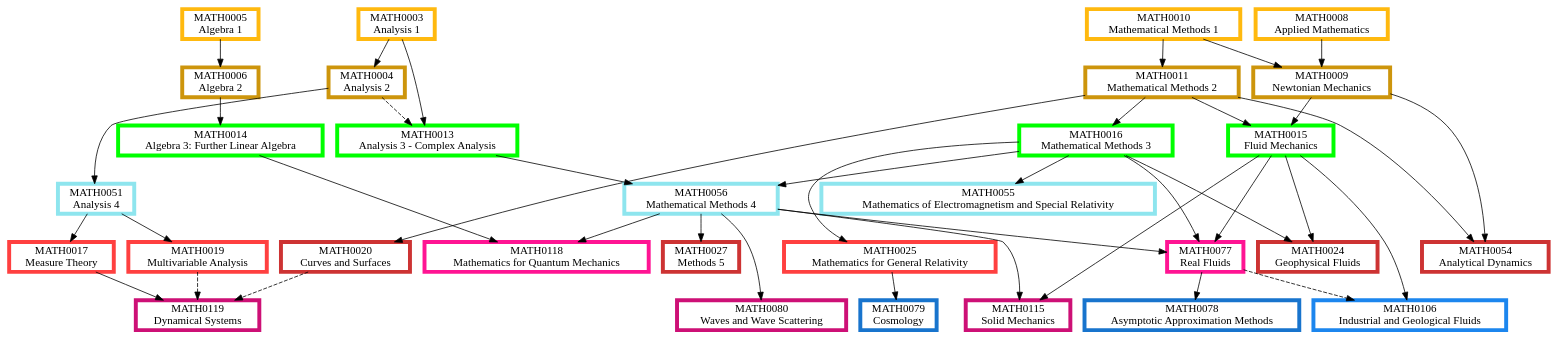
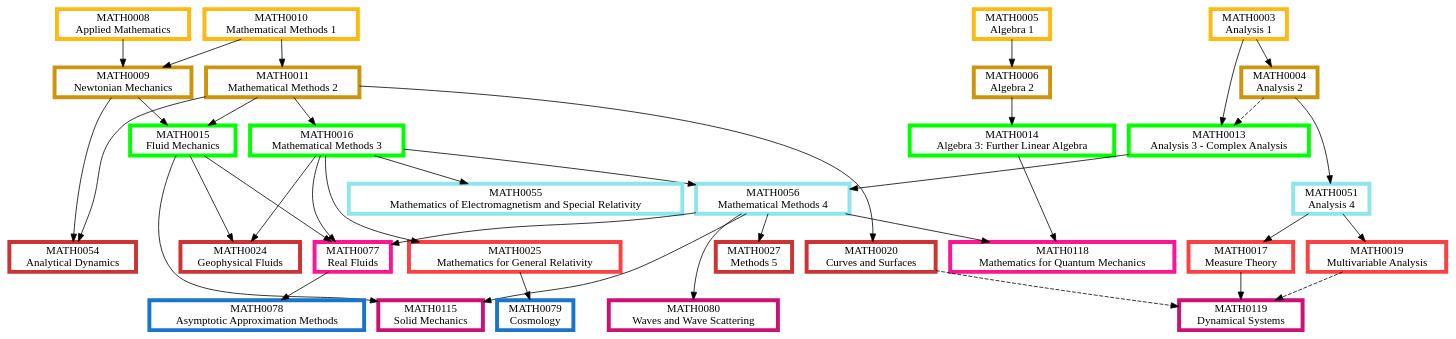
One commit to matthew-towers/pathways changed the diagram in Applied Mathematics.dot. Above: the diagram before and after it, drawn with Graphviz. The commit also changed 13 other files, not shown here.

```diff
--- a/Applied Mathematics.dot
+++ b/Applied Mathematics.dot
@@ -1,132 +1,125 @@
 digraph {
 	node [fillcolor=white penwidth=5 shape=box style="filled,bold"]
 	subgraph "1.0 1" {
 		rank=same
-		MATH0003 [label="MATH0003
-Analysis 1" color=darkgoldenrod1 href="https://www.ucl.ac.uk/mathematical-physical-sciences/sites/mathematical_physical_sciences/files/math0003.pdf" tooltip="Year 1, term 1"]
 		MATH0010 [label="MATH0010
 Mathematical Methods 1" color=darkgoldenrod1 href="https://www.ucl.ac.uk/mathematical-physical-sciences/sites/mathematical_physical_sciences/files/math0010.pdf" tooltip="Year 1, term 1"]
+		MATH0003 [label="MATH0003
+Analysis 1" color=darkgoldenrod1 href="https://www.ucl.ac.uk/mathematical-physical-sciences/sites/mathematical_physical_sciences/files/2025-09/math0003.pdf" tooltip="Year 1, term 1"]
 		MATH0005 [label="MATH0005
-Algebra 1" color=darkgoldenrod1 href="https://www.ucl.ac.uk/mathematical-physical-sciences/sites/mathematical_physical_sciences/files/math0005.pdf" tooltip="Year 1, term 1"]
+Algebra 1" color=darkgoldenrod1 href="https://www.ucl.ac.uk/mathematical-physical-sciences/sites/mathematical_physical_sciences/files/2025-09/math0005 syllabus.pdf" tooltip="Year 1, term 1"]
 		MATH0008 [label="MATH0008
 Applied Mathematics" color=darkgoldenrod1 href="https://www.ucl.ac.uk/mathematical-physical-sciences/sites/mathematical_physical_sciences/files/math0008.pdf" tooltip="Year 1, term 1"]
 	}
-	MATH0010 -> MATH0011 [tooltip="required prerequisite"]
-	MATH0005 -> MATH0006 [tooltip="required prerequisite"]
-	MATH0003 -> MATH0004 [tooltip="required prerequisite"]
 	MATH0008 -> MATH0009 [tooltip="required prerequisite"]
 	MATH0010 -> MATH0009 [tooltip="required prerequisite"]
+	MATH0005 -> MATH0006 [tooltip="required prerequisite"]
+	MATH0010 -> MATH0011 [tooltip="required prerequisite"]
+	MATH0003 -> MATH0004 [tooltip="required prerequisite"]
 	subgraph "1.0 2" {
 		rank=same
-		MATH0011 [label="MATH0011
-Mathematical Methods 2" color=darkgoldenrod3 href="https://www.ucl.ac.uk/mathematical-physical-sciences/sites/mathematical_physical_sciences/files/math0011_2.pdf" tooltip="Year 1, term 2"]
+		MATH0009 [label="MATH0009
+Newtonian Mechanics" color=darkgoldenrod3 href="https://www.ucl.ac.uk/mathematical-physical-sciences/sites/mathematical_physical_sciences/files/math0009.pdf" tooltip="Year 1, term 2"]
 		MATH0006 [label="MATH0006
 Algebra 2" color=darkgoldenrod3 href="https://www.ucl.ac.uk/mathematical-physical-sciences/sites/mathematical_physical_sciences/files/math0006.pdf" tooltip="Year 1, term 2"]
+		MATH0011 [label="MATH0011
+Mathematical Methods 2" color=darkgoldenrod3 href="https://www.ucl.ac.uk/mathematical-physical-sciences/sites/mathematical_physical_sciences/files/math0011_3.pdf" tooltip="Year 1, term 2"]
 		MATH0004 [label="MATH0004
 Analysis 2" color=darkgoldenrod3 href="https://www.ucl.ac.uk/mathematical-physical-sciences/sites/mathematical_physical_sciences/files/math0004.pdf" tooltip="Year 1, term 2"]
-		MATH0009 [label="MATH0009
-Newtonian Mechanics" color=darkgoldenrod3 href="https://www.ucl.ac.uk/mathematical-physical-sciences/sites/mathematical_physical_sciences/files/math0009.pdf" tooltip="Year 1, term 2"]
 	}
-	MATH0003 -> MATH0013 [tooltip="required prerequisite"]
-	MATH0004 -> MATH0013 [style=dashed tooltip="recommended prerequisite"]
 	MATH0006 -> MATH0014 [tooltip="required prerequisite"]
 	MATH0011 -> MATH0016 [tooltip="required prerequisite"]
 	MATH0011 -> MATH0015 [tooltip="required prerequisite"]
 	MATH0009 -> MATH0015 [tooltip="required prerequisite"]
+	MATH0003 -> MATH0013 [tooltip="required prerequisite"]
+	MATH0004 -> MATH0013 [style=dashed tooltip="recommended prerequisite"]
 	subgraph "2.0 1" {
 		rank=same
+		MATH0014 [label="MATH0014
+Algebra 3: Further Linear Algebra" color=green1 href="https://www.ucl.ac.uk/mathematical-physical-sciences/sites/mathematical_physical_sciences/files/2025-09/math0014_0.pdf" tooltip="Year 2, term 1"]
+		MATH0016 [label="MATH0016
+Mathematical Methods 3" color=green1 href="https://www.ucl.ac.uk/mathematical-physical-sciences/sites/mathematical_physical_sciences/files/2025-09/math0016_0.pdf" tooltip="Year 2, term 1"]
+		MATH0015 [label="MATH0015
+Fluid Mechanics" color=green1 href="https://www.ucl.ac.uk/mathematical-physical-sciences/sites/mathematical_physical_sciences/files/2025-09/math0015.pdf" tooltip="Year 2, term 1"]
 		MATH0013 [label="MATH0013
-Analysis 3 - Complex Analysis" color=green1 href="https://www.ucl.ac.uk/mathematical-physical-sciences/sites/mathematical_physical_sciences/files/math0013.pdf" tooltip="Year 2, term 1"]
-		MATH0014 [label="MATH0014
-Algebra 3: Further Linear Algebra" color=green1 href="https://www.ucl.ac.uk/mathematical-physical-sciences/sites/mathematical_physical_sciences/files/math0014.pdf" tooltip="Year 2, term 1"]
-		MATH0016 [label="MATH0016
-Mathematical Methods 3" color=green1 href="https://www.ucl.ac.uk/mathematical-physical-sciences/sites/mathematical_physical_sciences/files/math0016.pdf" tooltip="Year 2, term 1"]
-		MATH0015 [label="MATH0015
-Fluid Mechanics" color=green1 href="https://www.ucl.ac.uk/mathematical-physical-sciences/sites/mathematical_physical_sciences/files/math0015.pdf" tooltip="Year 2, term 1"]
+Analysis 3 - Complex Analysis" color=green1 href="https://www.ucl.ac.uk/mathematical-physical-sciences/sites/mathematical_physical_sciences/files/2025-09/math0013_0.pdf" tooltip="Year 2, term 1"]
 	}
-	MATH0016 -> MATH0055 [tooltip="required prerequisite"]
 	MATH0004 -> MATH0051 [tooltip="required prerequisite"]
 	MATH0013 -> MATH0056 [tooltip="required prerequisite"]
 	MATH0016 -> MATH0056 [tooltip="required prerequisite"]
+	MATH0016 -> MATH0055 [tooltip="required prerequisite"]
 	subgraph "2.5 2" {
 		rank=same
-		MATH0055 [label="MATH0055
-Mathematics of Electromagnetism and Special Relativity" color=cadetblue2 href="https://www.ucl.ac.uk/mathematical-physical-sciences/sites/mathematical_physical_sciences/files/math0055_3.pdf" tooltip="Year 2 or 3, term 2"]
 		MATH0051 [label="MATH0051
 Analysis 4" color=cadetblue2 href="https://www.ucl.ac.uk/mathematical-physical-sciences/sites/mathematical_physical_sciences/files/math0051.pdf" tooltip="Year 2 or 3, term 2"]
 		MATH0056 [label="MATH0056
 Mathematical Methods 4" color=cadetblue2 href="https://www.ucl.ac.uk/mathematical-physical-sciences/sites/mathematical_physical_sciences/files/math0056.pdf" tooltip="Year 2 or 3, term 2"]
+		MATH0055 [label="MATH0055
+Mathematics of Electromagnetism and Special Relativity" color=cadetblue2 href="https://www.ucl.ac.uk/mathematical-physical-sciences/sites/mathematical_physical_sciences/files/math0055_3.pdf" tooltip="Year 2 or 3, term 2"]
 	}
 	MATH0051 -> MATH0017 [tooltip="required prerequisite"]
 	MATH0016 -> MATH0025 [tooltip="required prerequisite"]
 	MATH0051 -> MATH0019 [tooltip="required prerequisite"]
 	subgraph "3.0 1" {
 		rank=same
 		MATH0017 [label="MATH0017
 Measure Theory" color=brown1 href="https://www.ucl.ac.uk/mathematical-physical-sciences/sites/mathematical_physical_sciences/files/math0017.pdf" tooltip="Year 3, term 1"]
 		MATH0025 [label="MATH0025
 Mathematics for General Relativity" color=brown1 href="https://www.ucl.ac.uk/mathematical-physical-sciences/sites/mathematical_physical_sciences/files/math0025.pdf" tooltip="Year 3, term 1"]
 		MATH0019 [label="MATH0019
 Multivariable Analysis" color=brown1 href="https://www.ucl.ac.uk/mathematical-physical-sciences/sites/mathematical_physical_sciences/files/math0019.pdf" tooltip="Year 3, term 1"]
 	}
-	MATH0011 -> MATH0020 [tooltip="required prerequisite"]
 	MATH0011 -> MATH0054 [tooltip="required prerequisite"]
 	MATH0009 -> MATH0054 [tooltip="required prerequisite"]
+	MATH0056 -> MATH0027 [tooltip="required prerequisite"]
 	MATH0015 -> MATH0024 [tooltip="required prerequisite"]
 	MATH0016 -> MATH0024 [tooltip="required prerequisite"]
-	MATH0056 -> MATH0027 [tooltip="required prerequisite"]
+	MATH0011 -> MATH0020 [tooltip="required prerequisite"]
 	subgraph "3.0 2" {
 		rank=same
+		MATH0054 [label="MATH0054
+Analytical Dynamics" color=brown3 href="https://www.ucl.ac.uk/mathematical-physical-sciences/sites/mathematical_physical_sciences/files/math0054.pdf" tooltip="Year 3, term 2"]
+		MATH0027 [label="MATH0027
+Methods 5" color=brown3 href="https://www.ucl.ac.uk/mathematical-physical-sciences/sites/mathematical_physical_sciences/files/math0027.pdf" tooltip="Year 3, term 2"]
+		MATH0024 [label="MATH0024
+Geophysical Fluids" color=brown3 href="https://www.ucl.ac.uk/mathematical-physical-sciences/sites/mathematical_physical_sciences/files/math0024.pdf" tooltip="Year 3, term 2"]
 		MATH0020 [label="MATH0020
 Curves and Surfaces" color=brown3 href="https://www.ucl.ac.uk/mathematical-physical-sciences/sites/mathematical_physical_sciences/files/math0020.pdf" tooltip="Year 3, term 2"]
-		MATH0054 [label="MATH0054
-Analytical Dynamics" color=brown3 href="https://www.ucl.ac.uk/mathematical-physical-sciences/sites/mathematical_physical_sciences/files/math0054.pdf" tooltip="Year 3, term 2"]
-		MATH0024 [label="MATH0024
-Geophysical Fluids" color=brown3 href="https://www.ucl.ac.uk/mathematical-physical-sciences/sites/mathematical_physical_sciences/files/math0024.pdf" tooltip="Year 3, term 2"]
-		MATH0027 [label="MATH0027
-Methods 5" color=brown3 href="https://www.ucl.ac.uk/mathematical-physical-sciences/sites/mathematical_physical_sciences/files/math0027.pdf" tooltip="Year 3, term 2"]
 	}
-	MATH0056 -> MATH0118 [tooltip="required prerequisite"]
-	MATH0014 -> MATH0118 [tooltip="required prerequisite"]
 	MATH0015 -> MATH0077 [tooltip="required prerequisite"]
 	MATH0016 -> MATH0077 [tooltip="required prerequisite"]
 	MATH0056 -> MATH0077 [tooltip="required prerequisite"]
+	MATH0056 -> MATH0118 [tooltip="required prerequisite"]
+	MATH0014 -> MATH0118 [tooltip="required prerequisite"]
 	subgraph "3.5 1" {
 		rank=same
+		MATH0077 [label="MATH0077
+Real Fluids" color=deeppink1 href="https://www.ucl.ac.uk/mathematical-physical-sciences/sites/mathematical_physical_sciences/files/math0077.pdf" tooltip="Year 3 or 4, term 1"]
 		MATH0118 [label="MATH0118
 Mathematics for Quantum Mechanics" color=deeppink1 href="https://www.ucl.ac.uk/mathematical-physical-sciences/sites/mathematical_physical_sciences/files/math0118.pdf" tooltip="Year 3 or 4, term 1"]
-		MATH0077 [label="MATH0077
-Real Fluids" color=deeppink1 href="https://www.ucl.ac.uk/mathematical-physical-sciences/sites/mathematical_physical_sciences/files/math0077.pdf" tooltip="Year 3 or 4, term 1"]
 	}
 	MATH0015 -> MATH0115 [tooltip="required prerequisite"]
 	MATH0056 -> MATH0115 [tooltip="required prerequisite"]
-	MATH0056 -> MATH0080 [tooltip="required prerequisite"]
 	MATH0017 -> MATH0119 [tooltip="required prerequisite"]
 	MATH0019 -> MATH0119 [style=dashed tooltip="recommended prerequisite"]
 	MATH0020 -> MATH0119 [style=dashed tooltip="recommended prerequisite"]
+	MATH0056 -> MATH0080 [tooltip="required prerequisite"]
 	subgraph "3.5 2" {
 		rank=same
 		MATH0115 [label="MATH0115
-Solid Mechanics" color=deeppink3 href="https://www.ucl.ac.uk/mathematical-physical-sciences/sites/mathematical_physical_sciences/files/math0115_syllabus.pdf" tooltip="Year 3 or 4, term 2"]
+Solid Mechanics" color=deeppink3 href="https://www.ucl.ac.uk/mathematical-physical-sciences/sites/mathematical_physical_sciences/files/math0115_0.pdf" tooltip="Year 3 or 4, term 2"]
+		MATH0119 [label="MATH0119
+Dynamical Systems" color=deeppink3 href="https://www.ucl.ac.uk/mathematical-physical-sciences/sites/mathematical_physical_sciences/files/math0119.pdf" tooltip="Year 3 or 4, term 2"]
 		MATH0080 [label="MATH0080
 Waves and Wave Scattering" color=deeppink3 href="https://www.ucl.ac.uk/mathematical-physical-sciences/sites/mathematical_physical_sciences/files/math0080.pdf" tooltip="Year 3 or 4, term 2"]
-		MATH0119 [label="MATH0119
-Dynamical Systems" color=deeppink3 href="https://www.ucl.ac.uk/mathematical-physical-sciences/sites/mathematical_physical_sciences/files/math0119.pdf" tooltip="Year 3 or 4, term 2"]
 	}
-	MATH0015 -> MATH0106 [tooltip="required prerequisite"]
-	MATH0077 -> MATH0106 [style=dashed tooltip="recommended prerequisite"]
-	subgraph "4.0 1" {
-		rank=same
-		MATH0106 [label="MATH0106
-Industrial and Geological Fluids" color=dodgerblue2 href="https://www.ucl.ac.uk/mathematical-physical-sciences/sites/mathematical_physical_sciences/files/math0106.pdf" tooltip="Year 4, term 1"]
-	}
+	MATH0025 -> MATH0079 [tooltip="required prerequisite"]
 	MATH0077 -> MATH0078 [tooltip="required prerequisite"]
-	MATH0025 -> MATH0079 [tooltip="required prerequisite"]
 	subgraph "4.0 2" {
 		rank=same
+		MATH0079 [label="MATH0079
+Cosmology" color=dodgerblue3 href="https://www.ucl.ac.uk/mathematical-physical-sciences/sites/mathematical_physical_sciences/files/math0079.pdf" tooltip="Year 4, term 2"]
 		MATH0078 [label="MATH0078
 Asymptotic Approximation Methods" color=dodgerblue3 href="https://www.ucl.ac.uk/mathematical-physical-sciences/sites/mathematical_physical_sciences/files/math0078.pdf" tooltip="Year 4, term 2"]
-		MATH0079 [label="MATH0079
-Cosmology" color=dodgerblue3 href="https://www.ucl.ac.uk/mathematical-physical-sciences/sites/mathematical_physical_sciences/files/math0079.pdf" tooltip="Year 4, term 2"]
 	}
 }
```
